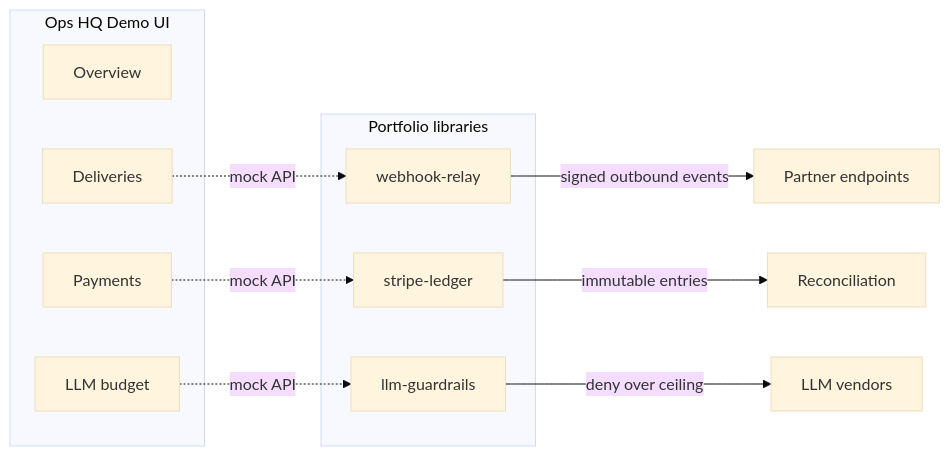
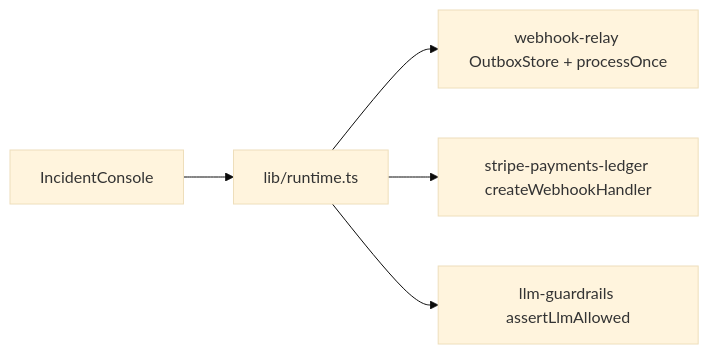
One commit to marchikx/ops-hq-demo changed the diagram in README.md. Above: the diagram before and after it, drawn with Mermaid (base theme). The commit also changed other lines of this file and 22 other files, not shown here.

First line of the commit message:
feat: wire real libs into interactive incident console

````diff
--- a/README.md
+++ b/README.md
@@ -22,20 +17,8 @@
 ```mermaid
 flowchart LR
-  subgraph demo [Ops HQ Demo UI]
-    O[Overview]
-    D[Deliveries]
-    P[Payments]
-    L[LLM budget]
-  end
-  subgraph libs [Portfolio libraries]
-    WR[webhook-relay]
-    SL[stripe-ledger]
-    LG[llm-guardrails]
-  end
-  D -. mock API .-> WR
-  P -. mock API .-> SL
-  L -. mock API .-> LG
-  WR -->|signed outbound events| EXT[Partner endpoints]
-  SL -->|immutable entries| REC[Reconciliation]
-  LG -->|deny over ceiling| VND[LLM vendors]
+  UI[IncidentConsole]
+  UI --> RT[lib/runtime.ts]
+  RT --> WR[webhook-relay OutboxStore + processOnce]
+  RT --> SL[stripe-payments-ledger createWebhookHandler]
+  RT --> LG[llm-guardrails assertLlmAllowed]
 ```
````
